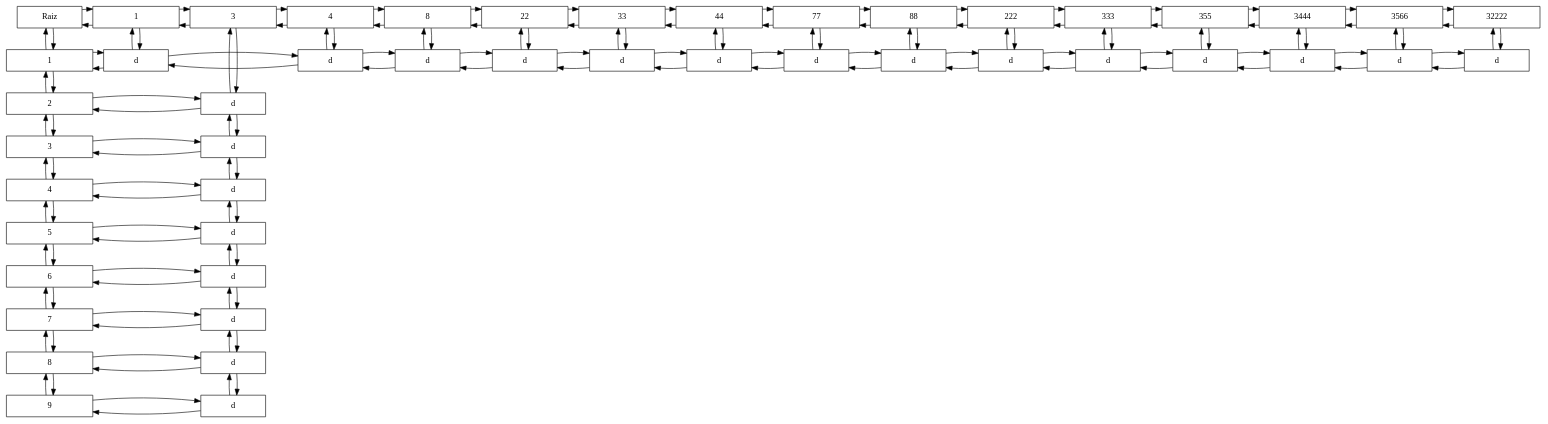
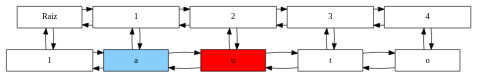
The diagram in scrabble/ReporteMatriz.dot (ChrisUSAC/EDD_1S2020_PY1_201709272), drawn with Graphviz before and after one commit. The commit also changed 21 other files, not shown here.

```diff
--- a/scrabble/ReporteMatriz.dot
+++ b/scrabble/ReporteMatriz.dot
@@ -1,197 +1,46 @@
 digraph M{ 
 node[ shape = box] 
 Raiz[label = "Raiz", width=1.5, group = 1]; 
  
 f0[label = "1" width=2.0 , group = 1 ]; 
-f1[label = "2" width=2.0 , group = 1 ]; 
-f2[label = "3" width=2.0 , group = 1 ]; 
-f3[label = "4" width=2.0 , group = 1 ]; 
-f4[label = "5" width=2.0 , group = 1 ]; 
-f5[label = "6" width=2.0 , group = 1 ]; 
-f6[label = "7" width=2.0 , group = 1 ]; 
-f7[label = "8" width=2.0 , group = 1 ]; 
-f8[label = "9" width=2.0 , group = 1 ]; 
-f0 -> f1[dir = back]; 
-f0 -> f1 
-f1 -> f2[dir = back]; 
-f1 -> f2 
-f2 -> f3[dir = back]; 
-f2 -> f3 
-f3 -> f4[dir = back]; 
-f3 -> f4 
-f4 -> f5[dir = back]; 
-f4 -> f5 
-f5 -> f6[dir = back]; 
-f5 -> f6 
-f6 -> f7[dir = back]; 
-f6 -> f7 
-f7 -> f8[dir = back]; 
-f7 -> f8 
 c0[label = "1" width=2.0 , group = 2 ]; 
-c1[label = "3" width=2.0 , group = 3 ]; 
-c2[label = "4" width=2.0 , group = 4 ]; 
-c3[label = "8" width=2.0 , group = 5 ]; 
-c4[label = "22" width=2.0 , group = 6 ]; 
-c5[label = "33" width=2.0 , group = 7 ]; 
-c6[label = "44" width=2.0 , group = 8 ]; 
-c7[label = "77" width=2.0 , group = 9 ]; 
-c8[label = "88" width=2.0 , group = 10 ]; 
-c9[label = "222" width=2.0 , group = 11 ]; 
-c10[label = "333" width=2.0 , group = 12 ]; 
-c11[label = "355" width=2.0 , group = 13 ]; 
-c12[label = "3444" width=2.0 , group = 14 ]; 
-c13[label = "3566" width=2.0 , group = 15 ]; 
-c14[label = "32222" width=2.0 , group = 16 ]; 
+c1[label = "2" width=2.0 , group = 3 ]; 
+c2[label = "3" width=2.0 , group = 4 ]; 
+c3[label = "4" width=2.0 , group = 5 ]; 
 c0 -> c1[dir = back]; 
 c0 -> c1 
 c1 -> c2[dir = back]; 
 c1 -> c2 
 c2 -> c3[dir = back]; 
 c2 -> c3 
-c3 -> c4[dir = back]; 
-c3 -> c4 
-c4 -> c5[dir = back]; 
-c4 -> c5 
-c5 -> c6[dir = back]; 
-c5 -> c6 
-c6 -> c7[dir = back]; 
-c6 -> c7 
-c7 -> c8[dir = back]; 
-c7 -> c8 
-c8 -> c9[dir = back]; 
-c8 -> c9 
-c9 -> c10[dir = back]; 
-c9 -> c10 
-c10 -> c11[dir = back]; 
-c10 -> c11 
-c11 -> c12[dir = back]; 
-c11 -> c12 
-c12 -> c13[dir = back]; 
-c12 -> c13 
-c13 -> c14[dir = back]; 
-c13 -> c14 
  Raiz -> f0 [dir = back];  
  Raiz -> f0 ; 
  Raiz -> c0 [dir = back]; 
  Raiz -> c0 ; 
-{rank = same;Raiz;c0;c1;c2;c3;c4;c5;c6;c7;c8;c9;c10;c11;c12;c13;c14;} 
-n0[label = "d" width = 1.5, group =2]; 
-n1[label = "d" width = 1.5, group =3]; 
-n2[label = "d" width = 1.5, group =3]; 
-n3[label = "d" width = 1.5, group =3]; 
-n4[label = "d" width = 1.5, group =3]; 
-n5[label = "d" width = 1.5, group =3]; 
-n6[label = "d" width = 1.5, group =3]; 
-n7[label = "d" width = 1.5, group =3]; 
-n8[label = "d" width = 1.5, group =3]; 
-n9[label = "d" width = 1.5, group =4]; 
-n10[label = "d" width = 1.5, group =5]; 
-n11[label = "d" width = 1.5, group =6]; 
-n12[label = "d" width = 1.5, group =7]; 
-n13[label = "d" width = 1.5, group =8]; 
-n14[label = "d" width = 1.5, group =9]; 
-n15[label = "d" width = 1.5, group =10]; 
-n16[label = "d" width = 1.5, group =11]; 
-n17[label = "d" width = 1.5, group =12]; 
-n18[label = "d" width = 1.5, group =13]; 
-n19[label = "d" width = 1.5, group =14]; 
-n20[label = "d" width = 1.5, group =15]; 
-n21[label = "d" width = 1.5, group =16]; 
+{rank = same;Raiz;c0;c1;c2;c3;} 
+n0[label = "a" width = 1.5,fillcolor = lightskyblue,style = filled,group =2]; 
+n0[label = "a" width = 1.5, group =2]; 
+n1[label = "u" width = 1.5,fillcolor = red,style = filled, group =3]; 
+n1[label = "u" width = 1.5, group =3]; 
+n2[label = "t" width = 1.5, group =4]; 
+n2[label = "t" width = 1.5, group =4]; 
+n3[label = "o" width = 1.5, group =5]; 
+n3[label = "o" width = 1.5, group =5]; 
 c0 -> n0 [dir = back];  
 c0 -> n0
 c1 -> n1 [dir = back];  
 c1 -> n1
+c2 -> n2 [dir = back];  
+c2 -> n2
+c3 -> n3 [dir = back];  
+c3 -> n3
+f0 -> n0 [dir = back];  
+f0 -> n0
+n0 -> n1 [dir = back];  
+n0 -> n1
 n1 -> n2 [dir = back];  
 n1 -> n2
 n2 -> n3 [dir = back];  
 n2 -> n3
-n3 -> n4 [dir = back];  
-n3 -> n4
-n4 -> n5 [dir = back];  
-n4 -> n5
-n5 -> n6 [dir = back];  
-n5 -> n6
-n6 -> n7 [dir = back];  
-n6 -> n7
-n7 -> n8 [dir = back];  
-n7 -> n8
-c2 -> n9 [dir = back];  
-c2 -> n9
-c3 -> n10 [dir = back];  
-c3 -> n10
-c4 -> n11 [dir = back];  
-c4 -> n11
-c5 -> n12 [dir = back];  
-c5 -> n12
-c6 -> n13 [dir = back];  
-c6 -> n13
-c7 -> n14 [dir = back];  
-c7 -> n14
-c8 -> n15 [dir = back];  
-c8 -> n15
-c9 -> n16 [dir = back];  
-c9 -> n16
-c10 -> n17 [dir = back];  
-c10 -> n17
-c11 -> n18 [dir = back];  
-c11 -> n18
-c12 -> n19 [dir = back];  
-c12 -> n19
-c13 -> n20 [dir = back];  
-c13 -> n20
-c14 -> n21 [dir = back];  
-c14 -> n21
-f0 -> n0 [dir = back];  
-f0 -> n0
-n0 -> n9 [dir = back];  
-n0 -> n9
-n9 -> n10 [dir = back];  
-n9 -> n10
-n10 -> n11 [dir = back];  
-n10 -> n11
-n11 -> n12 [dir = back];  
-n11 -> n12
-n12 -> n13 [dir = back];  
-n12 -> n13
-n13 -> n14 [dir = back];  
-n13 -> n14
-n14 -> n15 [dir = back];  
-n14 -> n15
-n15 -> n16 [dir = back];  
-n15 -> n16
-n16 -> n17 [dir = back];  
-n16 -> n17
-n17 -> n18 [dir = back];  
-n17 -> n18
-n18 -> n19 [dir = back];  
-n18 -> n19
-n19 -> n20 [dir = back];  
-n19 -> n20
-n20 -> n21 [dir = back];  
-n20 -> n21
-f1 -> n1 [dir = back];  
-f1 -> n1
-f2 -> n2 [dir = back];  
-f2 -> n2
-f3 -> n3 [dir = back];  
-f3 -> n3
-f4 -> n4 [dir = back];  
-f4 -> n4
-f5 -> n5 [dir = back];  
-f5 -> n5
-f6 -> n6 [dir = back];  
-f6 -> n6
-f7 -> n7 [dir = back];  
-f7 -> n7
-f8 -> n8 [dir = back];  
-f8 -> n8
-{rank = same;f0;n0;n9;n10;n11;n12;n13;n14;n15;n16;n17;n18;n19;n20;n21;} 
-{rank = same;f1;n1;} 
-{rank = same;f2;n2;} 
-{rank = same;f3;n3;} 
-{rank = same;f4;n4;} 
-{rank = same;f5;n5;} 
-{rank = same;f6;n6;} 
-{rank = same;f7;n7;} 
-{rank = same;f8;n8;} 
+{rank = same;f0;n0;n1;n2;n3;} 
 }
```
